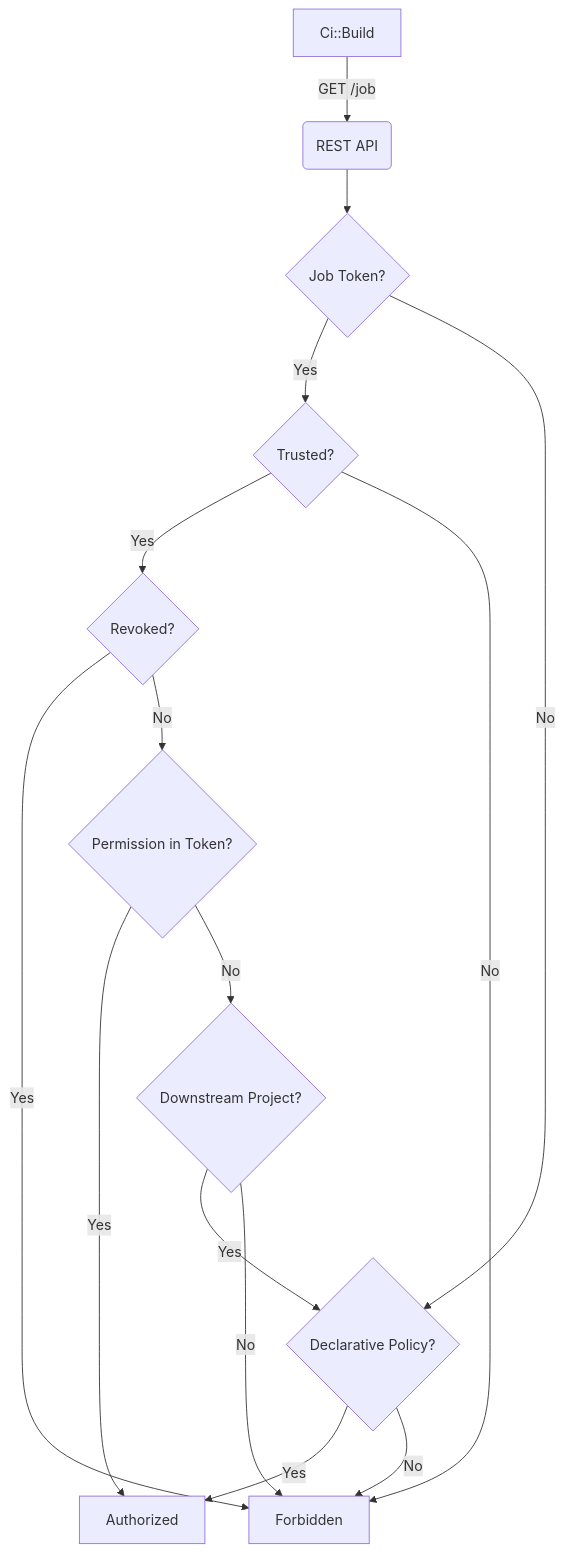
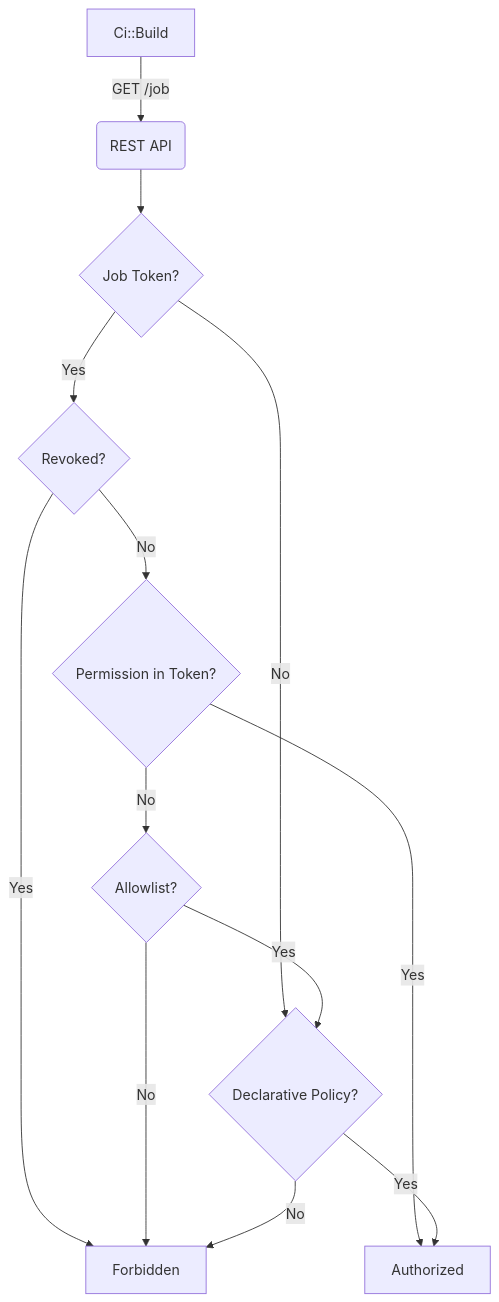
The diagram in content/handbook/engineering/architecture/design-documents/ci_job_token/_index.md (moliver28/research-handbook), drawn with Mermaid before and after one commit.

Commit message:
Remove trusted and connect allowlist to flowchart

````diff
--- a/content/handbook/engineering/architecture/design-documents/ci_job_token/_index.md
+++ b/content/handbook/engineering/architecture/design-documents/ci_job_token/_index.md
@@ -139,17 +139,15 @@
 ```mermaid
 flowchart TD
     A[Ci::Build] -->|GET /job | B(REST API)
     B --> C{Job Token?}
-    C -->|Yes| I{Trusted?}
+    C -->|Yes| D{Revoked?}
     C -->|No| E{Declarative Policy?}
-    D -->|Yes| F[Authorized]
-    D -->|No| G{Downstream Project?}
-    G -->|Yes| E
-    G -->|No| H[Forbidden]
-    E -->|Yes| F
-    E -->|No| H
-    I -->|Yes| J{Revoked?}
-    I -->|No| H
-    J -->|Yes| H
-    J -->|No| D{Permission in Token?}
+    D -->|Yes| F[Forbidden]
+    D -->|No| G{Permission in Token?}
+    G -->|Yes| H[Authorized]
+    G -->|No| I{Allowlist?}
+    I -->|Yes| E
+    I -->|No| F
+    E -->|Yes| H
+    E -->|No| F
 ```
````
